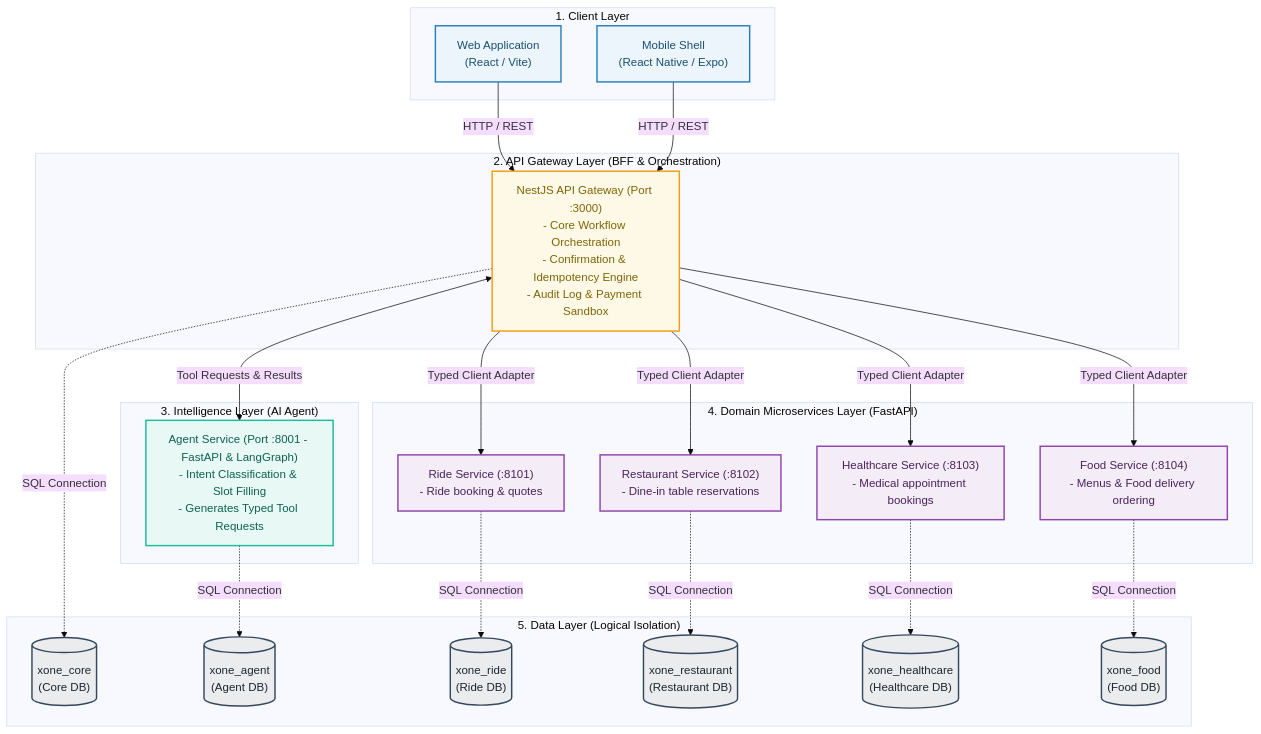
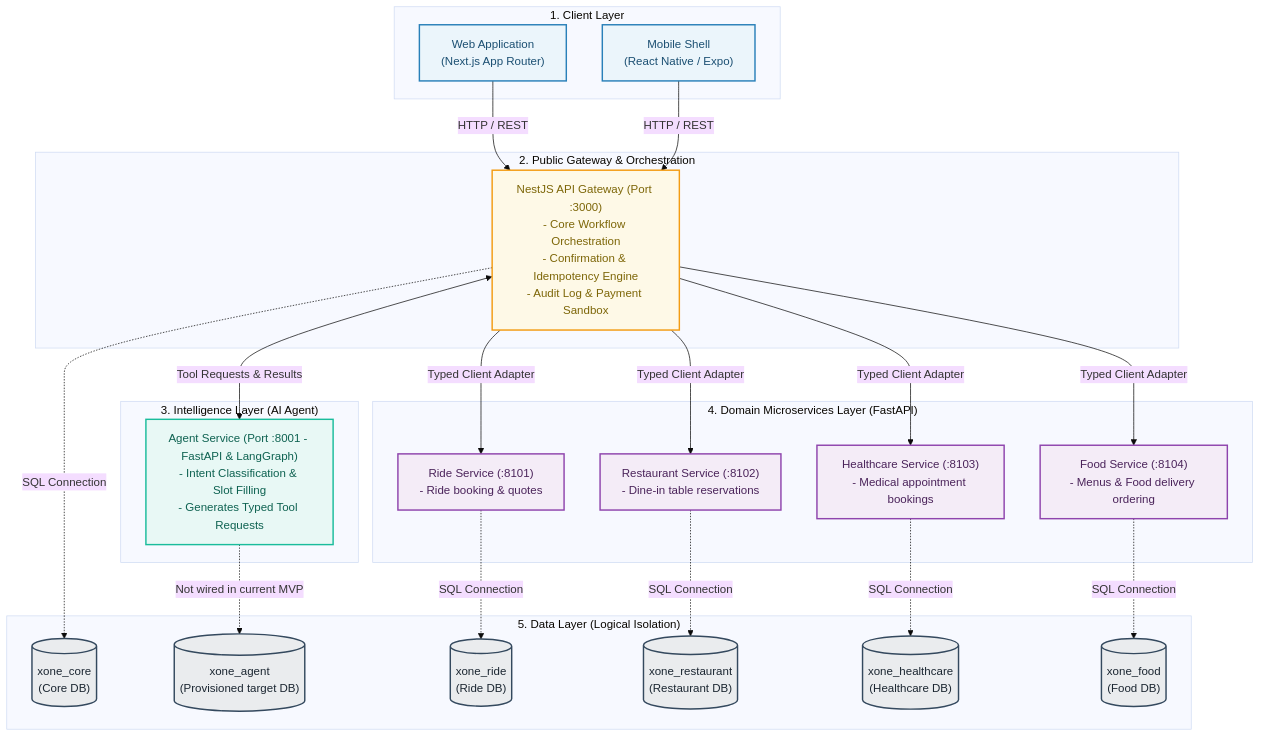
The second of 2 diagrams in docs/architecture/system-overview.md (codecuatai/P-018), drawn with Mermaid (base theme) before and after one commit. The commit also changed other lines of this file and 405 other files, not shown here.

Commit message:
cập nhật file md, architecture diagram

````diff
--- a/docs/architecture/system-overview.md
+++ b/docs/architecture/system-overview.md
@@ -18,54 +18,54 @@
 ```mermaid
 flowchart TB
     classDef client fill:#EBF5FB,stroke:#2980B9,stroke-width:2px,color:#1B4F72;
     classDef gateway fill:#FEF9E7,stroke:#F39C12,stroke-width:2px,color:#7D6608;
     classDef agent fill:#E8F8F5,stroke:#1ABC9C,stroke-width:2px,color:#0E6251;
     classDef domain fill:#F4ECF7,stroke:#8E44AD,stroke-width:2px,color:#4A235A;
     classDef database fill:#EAECEE,stroke:#34495E,stroke-width:2px,color:#1B2631;
 
     subgraph ClientLayer["1. Client Layer"]
-        Web["Web Application\n(React / Vite)"]:::client
+        Web["Web Application\n(Next.js App Router)"]:::client
         Mobile["Mobile Shell\n(React Native / Expo)"]:::client
     end
 
-    subgraph GatewayLayer["2. API Gateway Layer (BFF & Orchestration)"]
+    subgraph GatewayLayer["2. Public Gateway & Orchestration"]
         Gateway["NestJS API Gateway (Port :3000)\n- Core Workflow Orchestration\n- Confirmation & Idempotency Engine\n- Audit Log & Payment Sandbox"]:::gateway
     end
 
     subgraph AgentLayer["3. Intelligence Layer (AI Agent)"]
         Agent["Agent Service (Port :8001 - FastAPI & LangGraph)\n- Intent Classification & Slot Filling\n- Generates Typed Tool Requests"]:::agent
     end
 
     subgraph DomainLayer["4. Domain Microservices Layer (FastAPI)"]
         Ride["Ride Service (:8101)\n- Ride booking & quotes"]:::domain
         Restaurant["Restaurant Service (:8102)\n- Dine-in table reservations"]:::domain
         Healthcare["Healthcare Service (:8103)\n- Medical appointment bookings"]:::domain
         Food["Food Service (:8104)\n- Menus & Food delivery ordering"]:::domain
     end
 
     subgraph DataLayer["5. Data Layer (Logical Isolation)"]
         CoreDB[("xone_core\n(Core DB)")]:::database
-        AgentDB[("xone_agent\n(Agent DB)")]:::database
+        AgentDB[("xone_agent\n(Provisioned target DB)")]:::database
         RideDB[("xone_ride\n(Ride DB)")]:::database
         RestDB[("xone_restaurant\n(Restaurant DB)")]:::database
         HealthDB[("xone_healthcare\n(Healthcare DB)")]:::database
         FoodDB[("xone_food\n(Food DB)")]:::database
     end
 
     Web -->|HTTP / REST| Gateway
     Mobile -->|HTTP / REST| Gateway
 
     Gateway <-->|Tool Requests & Results| Agent
 
     Gateway -->|Typed Client Adapter| Ride
     Gateway -->|Typed Client Adapter| Restaurant
     Gateway -->|Typed Client Adapter| Healthcare
     Gateway -->|Typed Client Adapter| Food
 
     Gateway -.->|SQL Connection| CoreDB
-    Agent -.->|SQL Connection| AgentDB
+    Agent -.->|Not wired in current MVP| AgentDB
     Ride -.->|SQL Connection| RideDB
     Restaurant -.->|SQL Connection| RestDB
     Healthcare -.->|SQL Connection| HealthDB
     Food -.->|SQL Connection| FoodDB
 ```
````
